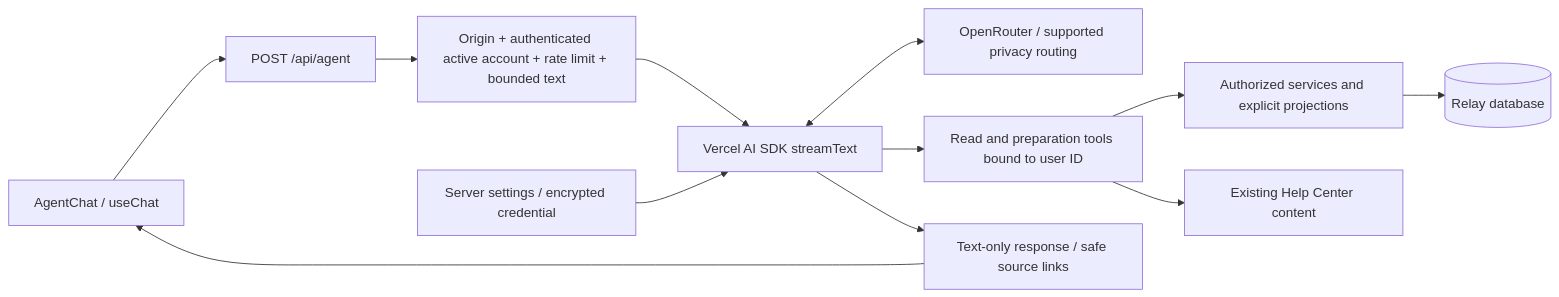
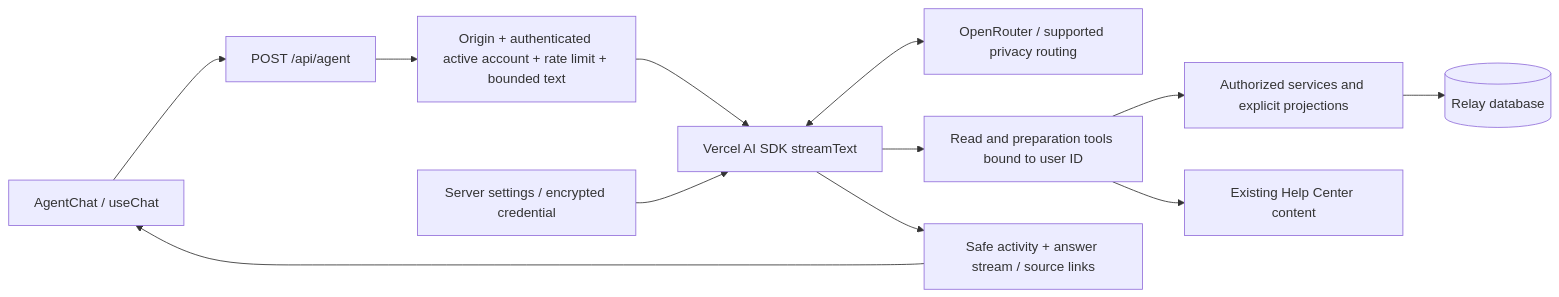
One commit to vn-aj-vngrd/relay changed the diagram in docs/agent/README.md. Above: the diagram before and after it, drawn with Mermaid. The commit also changed other lines of this file and 53 other files, not shown here.

````diff
--- a/docs/agent/README.md
+++ b/docs/agent/README.md
@@ -18,14 +18,14 @@
 ```mermaid
 flowchart LR
   UI[AgentChat / useChat] --> API[POST /api/agent]
   API --> Guard[Origin + authenticated active account + rate limit + bounded text]
   Guard --> SDK[Vercel AI SDK streamText]
   Config[Server settings / encrypted credential] --> SDK
   SDK <--> OR[OpenRouter / supported privacy routing]
   SDK --> Tools[Read and preparation tools bound to user ID]
   Tools --> Reads[Authorized services and explicit projections]
   Tools --> Help[Existing Help Center content]
   Reads --> DB[(Relay database)]
-  SDK --> Text[Text-only response / safe source links]
+  SDK --> Text[Safe activity + answer stream / source links]
   Text --> UI
 ```
````
